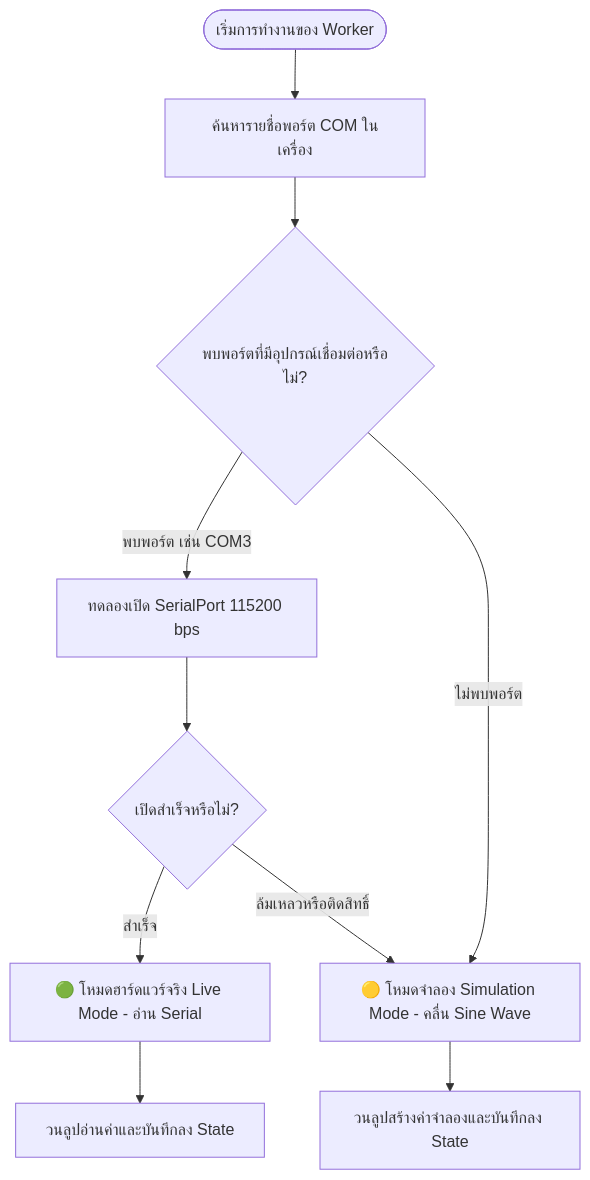
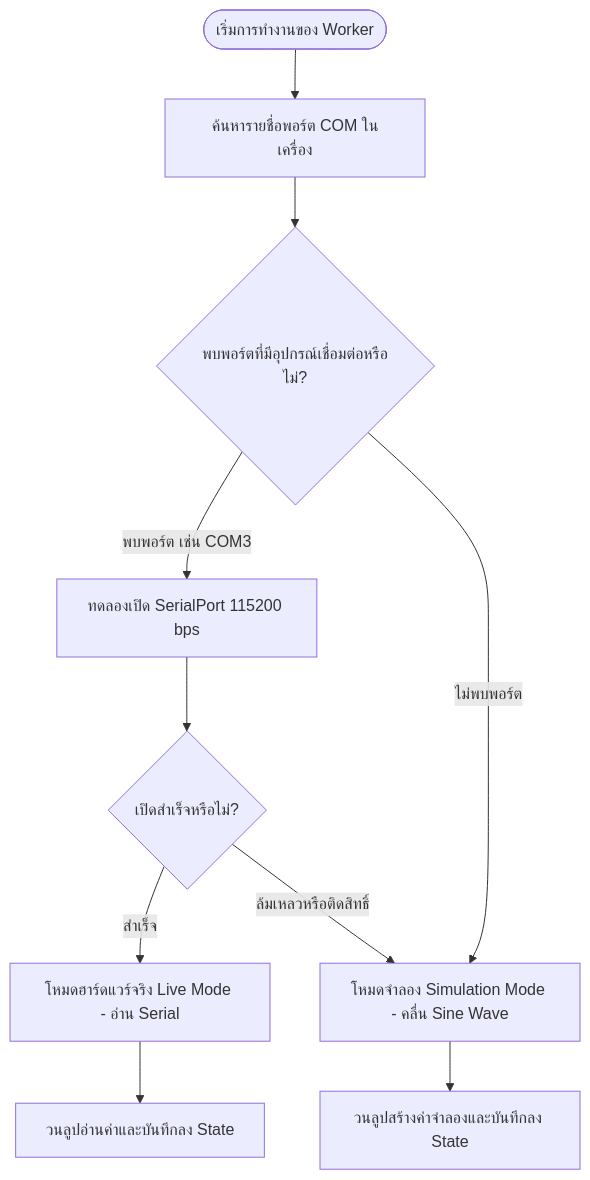
Before and after one commit to 016Rusneeda/Week-08-Kestrel-Web-Server: the third of 3 diagrams in 03-Hardware-to-Server-Bridge-and-Concurrency.md, drawn with Mermaid. The commit also changed other lines of this file and 27 other files, not shown here.

````diff
--- a/03-Hardware-to-Server-Bridge-and-Concurrency.md
+++ b/03-Hardware-to-Server-Bridge-and-Concurrency.md
@@ -110,15 +113,15 @@
 ```mermaid
 flowchart TD
     Start([เริ่มการทำงานของ Worker]) --> Detect[ค้นหารายชื่อพอร์ต COM ในเครื่อง]
     Detect --> Check{พบพอร์ตที่มีอุปกรณ์เชื่อมต่อหรือไม่?}
     
     Check -->|พบพอร์ต เช่น COM3| TryOpen[ทดลองเปิด SerialPort 115200 bps]
     TryOpen --> OpenSuccess{เปิดสำเร็จหรือไม่?}
-    OpenSuccess -->|สำเร็จ| LiveMode["🟢 โหมดฮาร์ดแวร์จริง Live Mode - อ่าน Serial"]
+    OpenSuccess -->|สำเร็จ| LiveMode["โหมดฮาร์ดแวร์จริง Live Mode - อ่าน Serial"]
     
-    Check -->|ไม่พบพอร์ต| SimMode["🟡 โหมดจำลอง Simulation Mode - คลื่น Sine Wave"]
+    Check -->|ไม่พบพอร์ต| SimMode["โหมดจำลอง Simulation Mode - คลื่น Sine Wave"]
     OpenSuccess -->|ล้มเหลวหรือติดสิทธิ์| SimMode
     
     LiveMode --> LoopLive[วนลูปอ่านค่าและบันทึกลง State]
     SimMode --> LoopSim[วนลูปสร้างค่าจำลองและบันทึกลง State]
 ```
````
